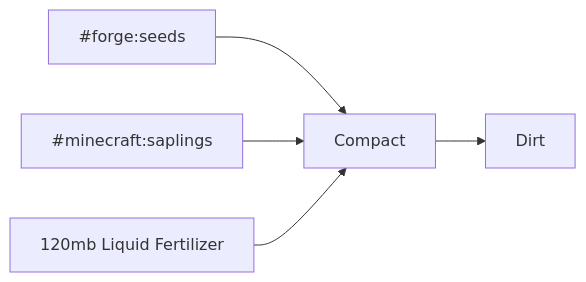
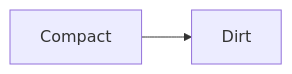
Before and after one commit to cybutr/kubejs: the first of 59 diagrams in recipes.md, drawn with Mermaid. The commit also changed other lines of this file and 28 other files, not shown here.

````diff
--- a/recipes.md
+++ b/recipes.md
@@ -6,8 +6,5 @@
 ```mermaid
 graph LR
-    in0["#forge:seeds"] --> C
-    in1["#minecraft:saplings"] --> C
-    f0["120mb Liquid Fertilizer"] --> C
     C[Compact]
     C --> out0["Dirt"]
 ```
````
